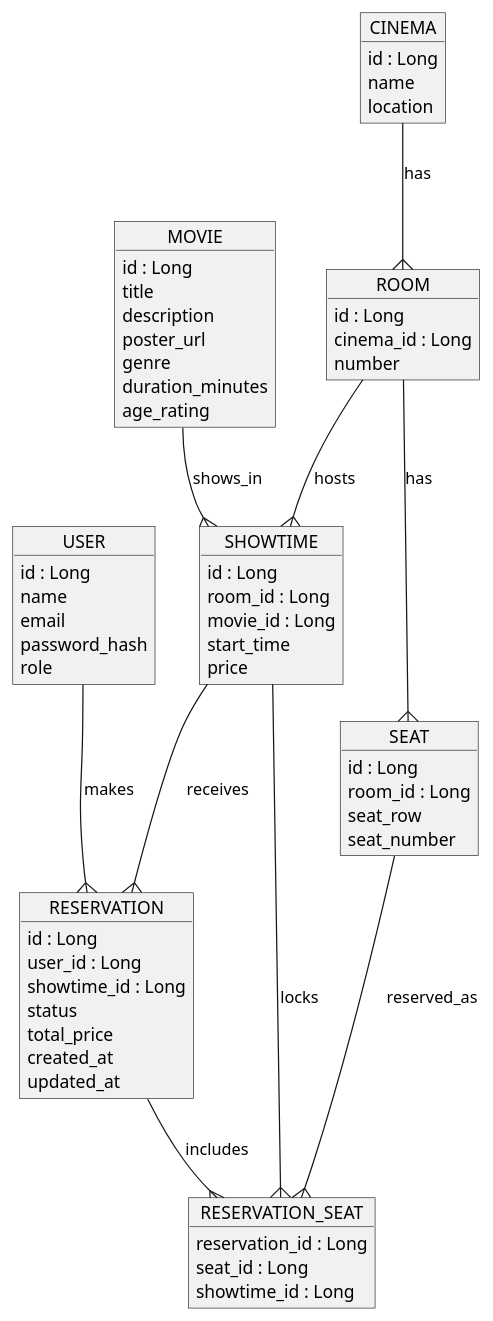
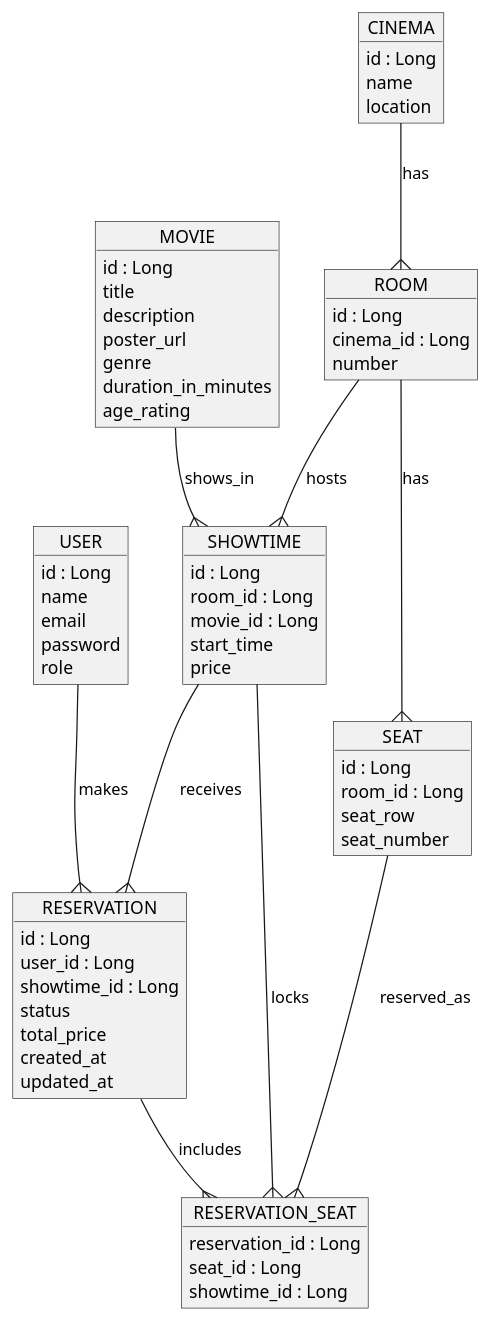
Before and after one commit to hugobumba/cinema-system: the diagram in docs/er-diagram..puml, drawn with PlantUML. The commit also changed 2 other files, not shown here.

```diff
--- a/docs/er-diagram..puml
+++ b/docs/er-diagram..puml
@@ -2,74 +2,74 @@
 @startuml
 
 object USER {
     id : Long
     name
     email
-    password_hash
+    password
     role
 }
 
 object CINEMA {
     id : Long
     name
     location
 }
 
 object ROOM {
     id : Long
     cinema_id : Long
     number
 }
 
 object SEAT {
     id : Long
     room_id : Long
     seat_row
     seat_number
 }
 
 object MOVIE {
     id : Long
     title
     description
     poster_url
     genre
-    duration_minutes
+    duration_in_minutes
     age_rating
 }
 
 object SHOWTIME {
     id : Long
     room_id : Long
     movie_id : Long
     start_time
     price
 }
 
 object RESERVATION {
     id : Long
     user_id : Long
     showtime_id : Long
     status
     total_price
     created_at
     updated_at
 }
 
 object RESERVATION_SEAT {
     reservation_id : Long
     seat_id : Long
     showtime_id : Long
 }
 
 USER --{ RESERVATION : makes
 CINEMA --{ ROOM : has
 ROOM --{ SEAT : has
 ROOM --{ SHOWTIME : hosts
 MOVIE --{ SHOWTIME : shows_in
 SHOWTIME --{ RESERVATION : receives
 RESERVATION --{ RESERVATION_SEAT : includes
 SEAT --{ RESERVATION_SEAT : reserved_as
 SHOWTIME --{ RESERVATION_SEAT : locks
 
 @enduml
```
